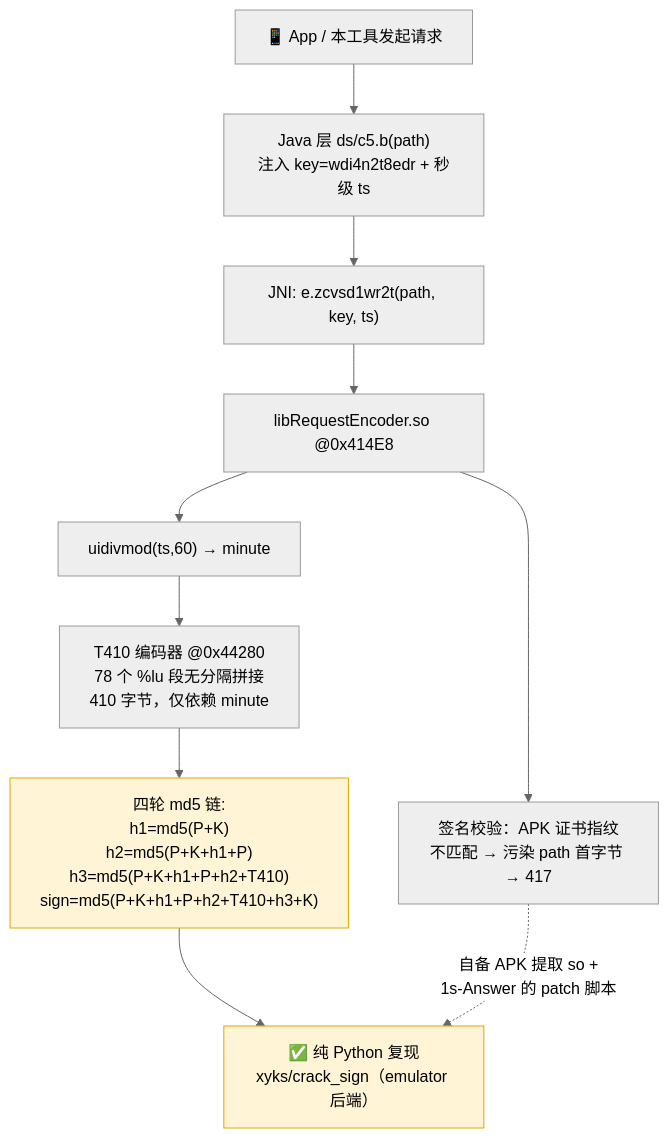
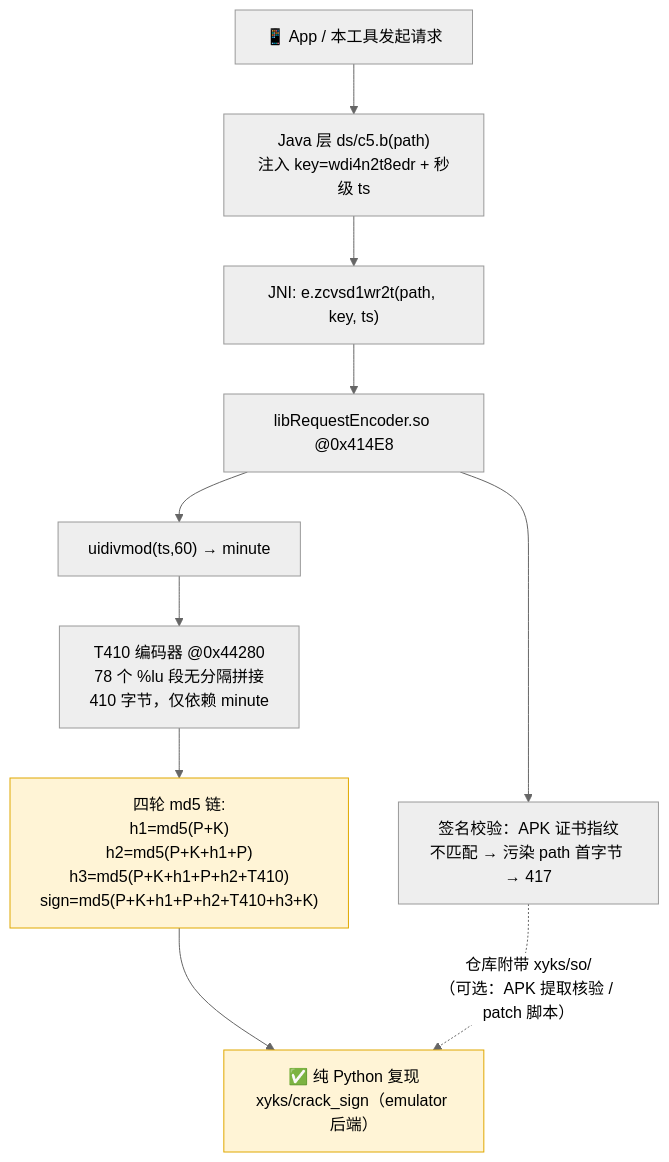
The first of 4 diagrams in docs/ARCHITECTURE.md (GaoYangHeng/XiaoYuanKouSuan-Farm), drawn with Mermaid (neutral theme) before and after one commit. The commit also changed 10 other files, not shown here.

````diff
--- a/docs/ARCHITECTURE.md
+++ b/docs/ARCHITECTURE.md
@@ -5,16 +5,16 @@
 ```mermaid
 flowchart TB
     A["📱 App / 本工具发起请求"] --> B["Java 层 ds/c5.b(path)<br/>注入 key=wdi4n2t8edr + 秒级 ts"]
     B --> C["JNI: e.zcvsd1wr2t(path, key, ts)"]
     C --> D["libRequestEncoder.so @0x414E8"]
     D --> D1["签名校验：APK 证书指纹<br/>不匹配 → 污染 path 首字节 → 417"]
     D --> D2["uidivmod(ts,60) → minute"]
     D2 --> D3["T410 编码器 @0x44280<br/>78 个 %lu 段无分隔拼接<br/>410 字节，仅依赖 minute"]
     D3 --> E["四轮 md5 链:<br/>h1=md5(P+K)<br/>h2=md5(P+K+h1+P)<br/>h3=md5(P+K+h1+P+h2+T410)<br/>sign=md5(P+K+h1+P+h2+T410+h3+K)"]
 
     E --> F["✅ 纯 Python 复现<br/>xyks/crack_sign（emulator 后端）"]
-    D1 -.->|"自备 APK 提取 so +<br/>1s-Answer 的 patch 脚本"| F
+    D1 -.->|"仓库附带 xyks/so/<br/>（可选：APK 提取核验 / patch 脚本）"| F
 
     classDef key fill:#fff4d6,stroke:#e0a800,color:#000
     class E,F key
 ```
````
